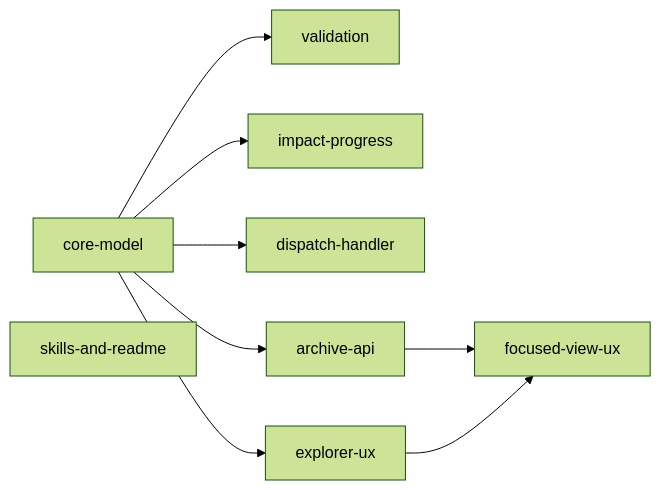
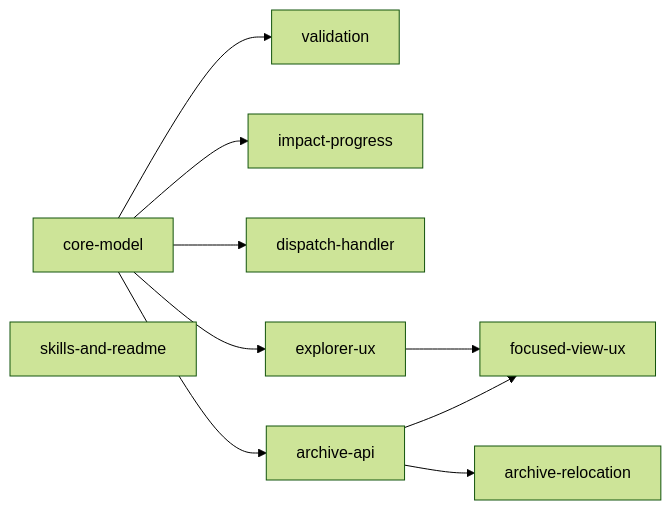
The diagram in specs/spec-coordination/spec-coordination/spec-archival.md (changkun/wallfacer), drawn with Mermaid (forest theme) before and after one commit. The commit also changed other lines of this file and 1 other file, not shown here.

First line of the commit message:
specs(archival): add archive-relocation design

````diff
--- a/specs/spec-coordination/spec-coordination/spec-archival.md
+++ b/specs/spec-coordination/spec-coordination/spec-archival.md
@@ -397,11 +398,12 @@
 ```mermaid
 graph LR
   A[core-model] --> B[validation]
   A --> C[impact-progress]
   A --> D[dispatch-handler]
   A --> E[archive-api]
   A --> F[explorer-ux]
   E --> G[focused-view-ux]
   F --> G
   H[skills-and-readme]
+  E --> R[archive-relocation]
 ```
````
